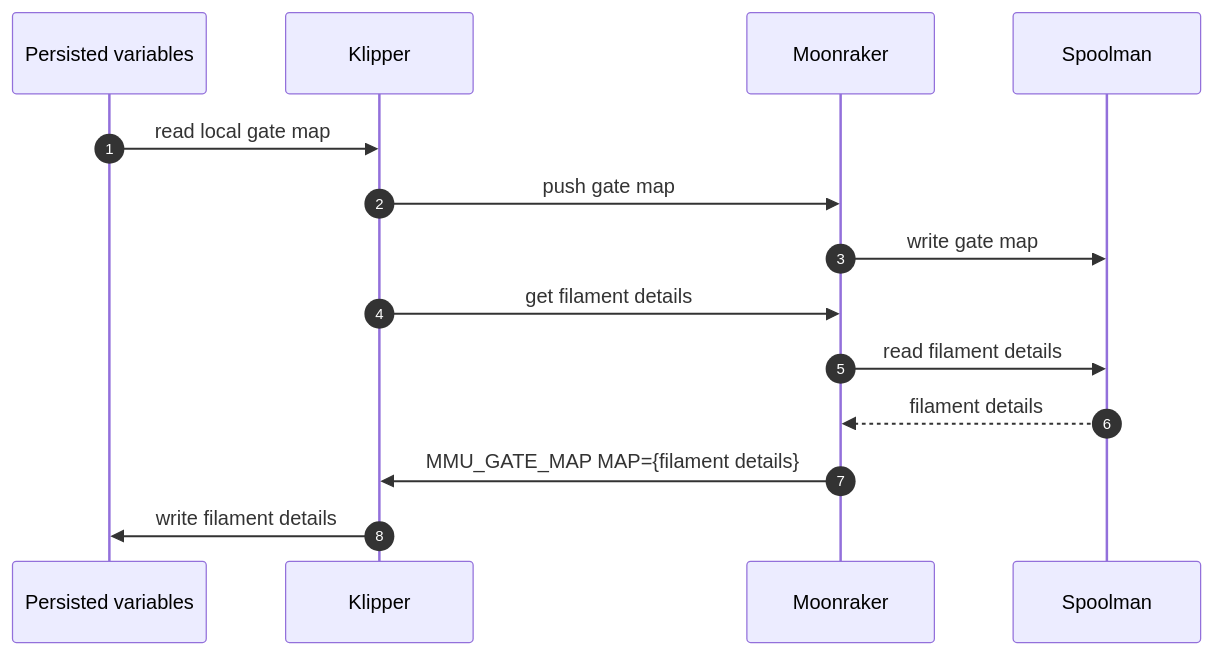
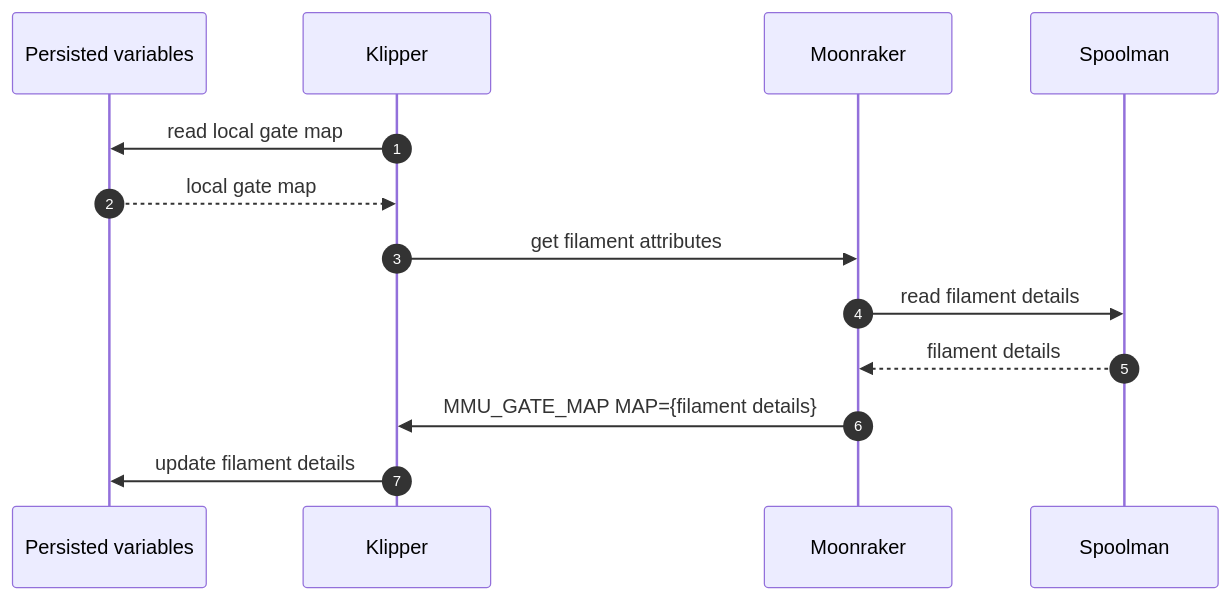
The second of 6 diagrams in Spoolman-Support.md (3DCoded/Happy-Hare), drawn with Mermaid before and after one commit. The commit also changed other lines of this file, not shown here.

````diff
--- a/Spoolman-Support.md
+++ b/Spoolman-Support.md
@@ -72,18 +82,16 @@
 ```mermaid
 sequenceDiagram
     autonumber
     participant L as Persisted variables
     participant K as Klipper
     participant M as Moonraker
     participant S as Spoolman
 
-    L->>K: read local gate map
-    K->>M: push gate map
-    M->>S: write gate map
-
-    K->>M: get filament details
+    K->>L: read local gate map
+    L-->>K: local gate map
+    K->>M: get filament attributes
     M->>S: read filament details
     S-->>M: filament details
     M->>K: MMU_GATE_MAP MAP={filament details}
-    K->>L: write filament details
+    K->>L: update filament details
 ```
````
